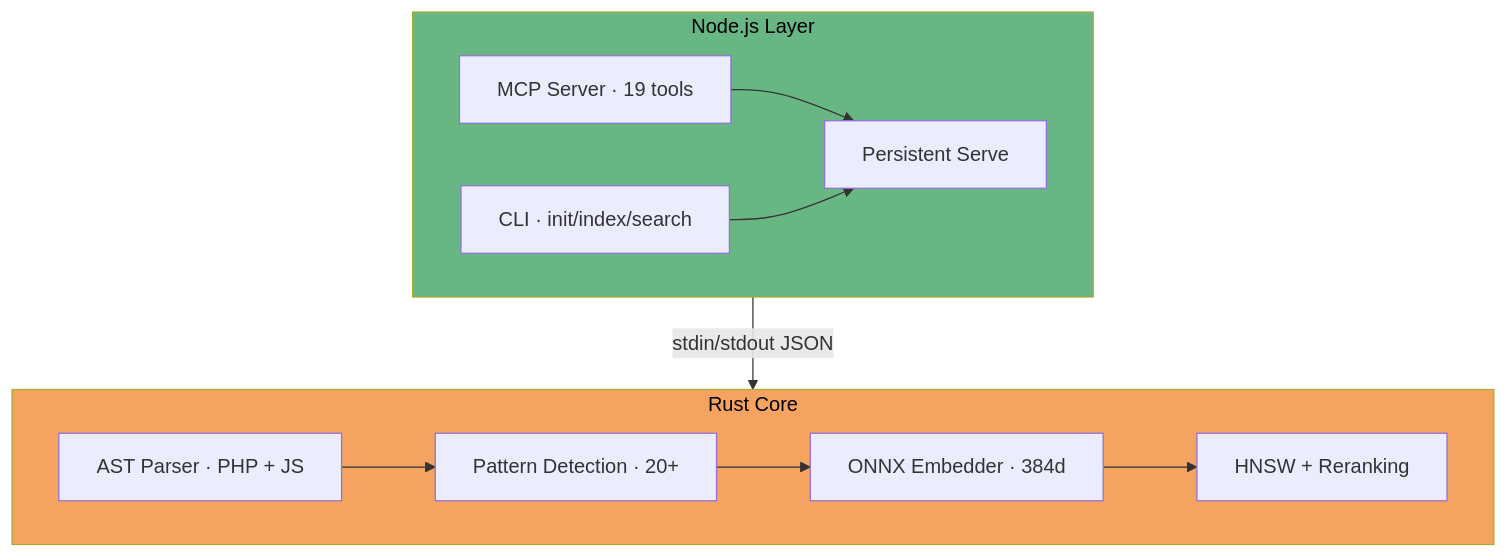
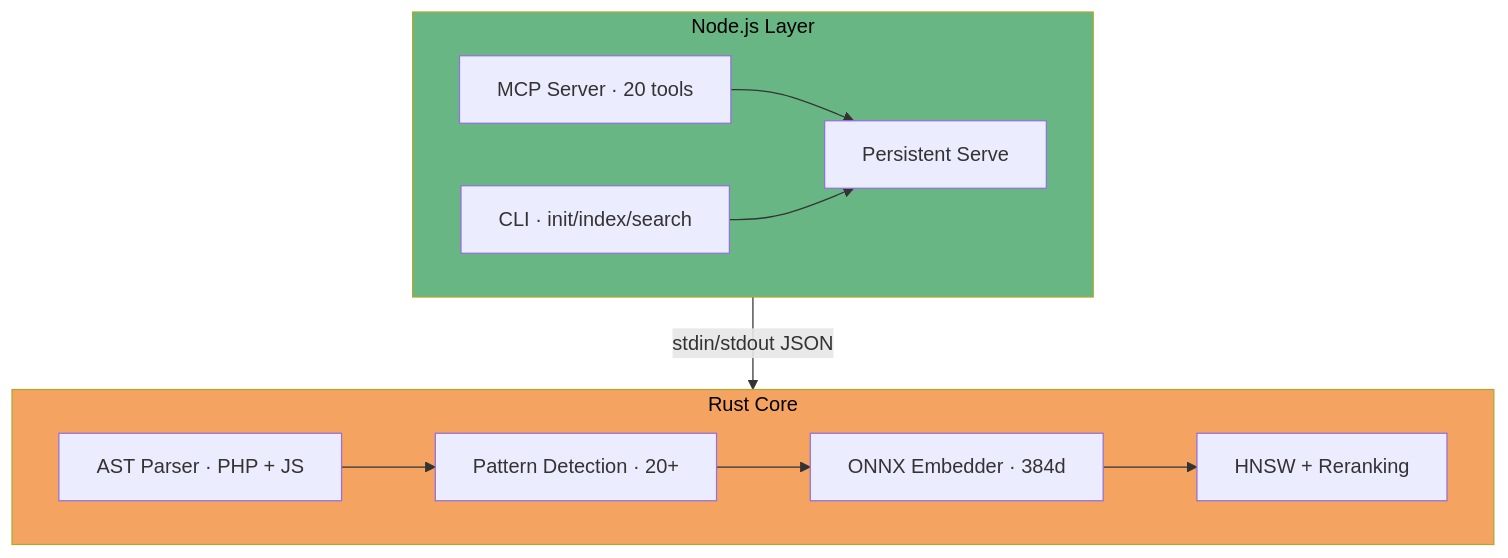
The first of 11 diagrams in README.md (krejcif/magector), drawn with Mermaid before and after one commit. The commit also changed other lines of this file and 5 other files, not shown here.

````diff
--- a/README.md
+++ b/README.md
@@ -77,21 +77,21 @@
 ```mermaid
 flowchart TD
   subgraph rust ["Rust Core"]
     A["AST Parser · PHP + JS"]
     B["Pattern Detection · 20+"]
     C["ONNX Embedder · 384d"]
     D["HNSW + Reranking"]
     A --> B --> C --> D
   end
   subgraph node ["Node.js Layer"]
-    E["MCP Server · 19 tools"]
+    E["MCP Server · 20 tools"]
     F["Persistent Serve"]
     G["CLI · init/index/search"]
     E --> F
     G --> F
   end
   node -->|stdin/stdout JSON| rust
 
   style rust fill:#f4a460,color:#000
   style node fill:#68b684,color:#000
 ```
````
